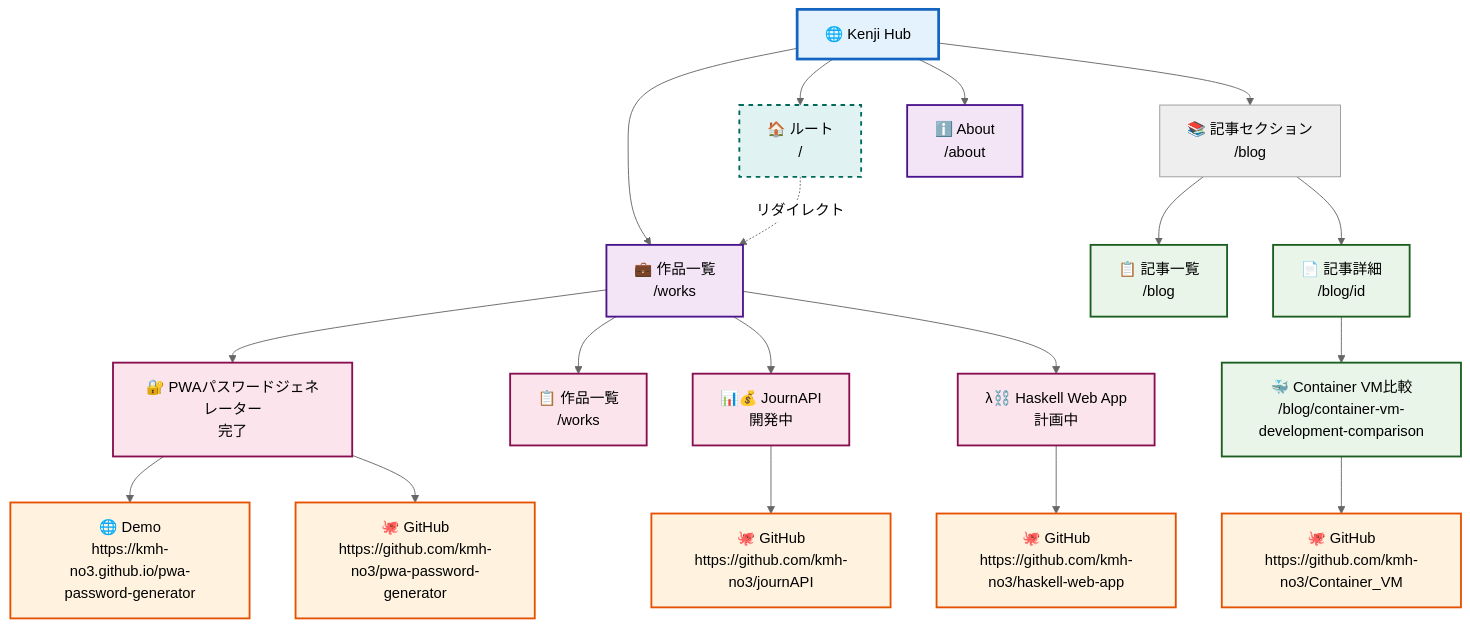
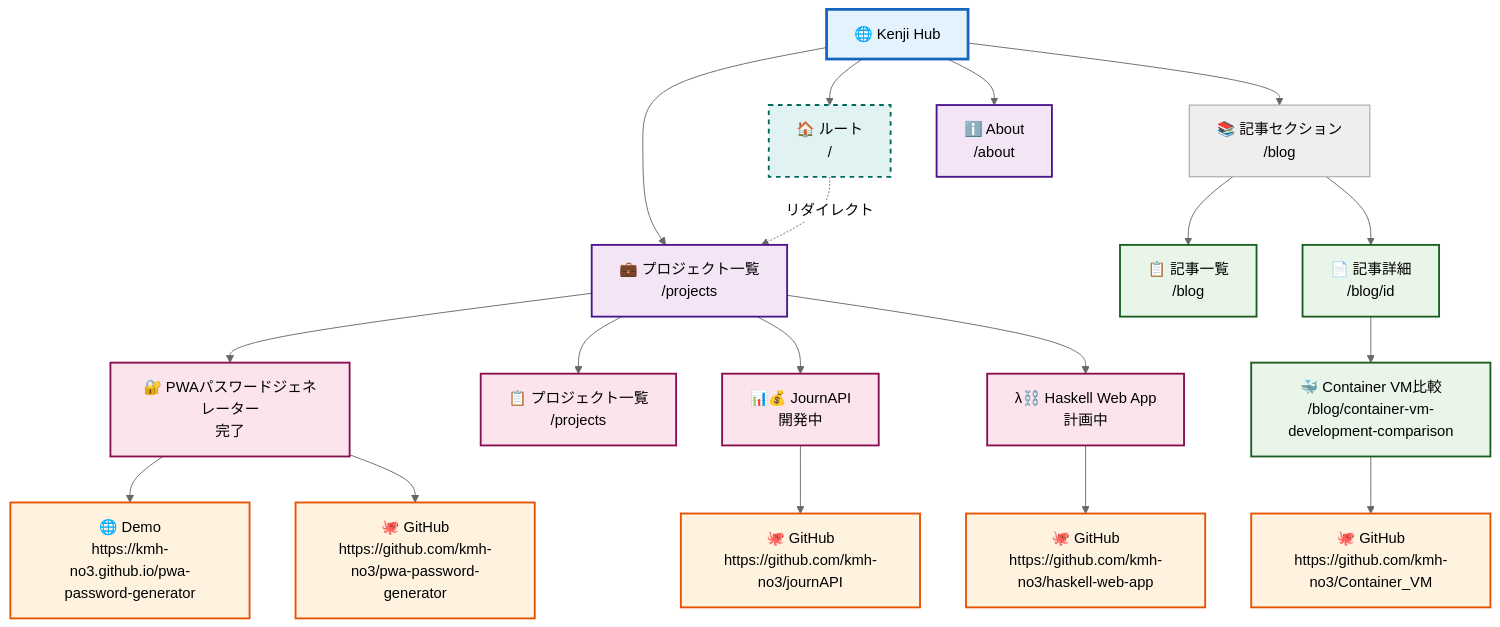
The second of 7 diagrams in docs/navigation-details.md (kmh-no3/kenji-hub), drawn with Mermaid (neutral theme) before and after one commit. The commit also changed other lines of this file and 28 other files, not shown here.

````diff
--- a/docs/navigation-details.md
+++ b/docs/navigation-details.md
@@ -57,46 +57,46 @@
 ```mermaid
 graph TD
     %% ルート構造
     Root[🌐 Kenji Hub] --> EntryPoint[🏠 ルート<br/>/]
-    Root --> Works[💼 作品一覧<br/>/works]
+    Root --> Projects[💼 プロジェクト一覧<br/>/projects]
     Root --> Articles[📚 記事セクション<br/>/blog]
     Root --> About[ℹ️ About<br/>/about]
     
     %% ルートページのリダイレクト
-    EntryPoint -.->|リダイレクト| Works
+    EntryPoint -.->|リダイレクト| Projects
     
     %% 記事セクション詳細
     Articles --> ArticleList[📋 記事一覧<br/>/blog]
     Articles --> ArticleDetail[📄 記事詳細<br/>/blog/id]
     
     %% 記事詳細の内容
     ArticleDetail --> ContainerVM[🐳 Container VM比較<br/>/blog/container-vm-development-comparison]
     
-    %% 作品セクション詳細
-    Works --> WorksList[📋 作品一覧<br/>/works]
-    Works --> Project1[🔐 PWAパスワードジェネレーター<br/>完了]
-    Works --> Project2[📊💰 JournAPI<br/>開発中]
-    Works --> Project3[λ⛓️ Haskell Web App<br/>計画中]
+    %% プロジェクトセクション詳細
+    Projects --> ProjectsList[📋 プロジェクト一覧<br/>/projects]
+    Projects --> Project1[🔐 PWAパスワードジェネレーター<br/>完了]
+    Projects --> Project2[📊💰 JournAPI<br/>開発中]
+    Projects --> Project3[λ⛓️ Haskell Web App<br/>計画中]
     
     %% 外部リンク
     Project1 --> Demo1[🌐 Demo<br/>https://kmh-no3.github.io/pwa-password-generator]
     Project1 --> GitHub1[🐙 GitHub<br/>https://github.com/kmh-no3/pwa-password-generator]
     Project2 --> GitHub2[🐙 GitHub<br/>https://github.com/kmh-no3/journAPI]
     Project3 --> GitHub3[🐙 GitHub<br/>https://github.com/kmh-no3/haskell-web-app]
     ContainerVM --> GitHub4[🐙 GitHub<br/>https://github.com/kmh-no3/Container_VM]
     
     %% スタイル設定
     classDef root fill:#e3f2fd,stroke:#1565c0,stroke-width:3px
     classDef mainNav fill:#f3e5f5,stroke:#4a148c,stroke-width:2px
     classDef article fill:#e8f5e8,stroke:#1b5e20,stroke-width:2px
     classDef project fill:#fce4ec,stroke:#880e4f,stroke-width:2px
     classDef external fill:#fff3e0,stroke:#e65100,stroke-width:2px
     classDef entryPoint fill:#e0f2f1,stroke:#00695c,stroke-width:2px,stroke-dasharray: 5 5
     
     class Root root
-    class Works,About mainNav
+    class Projects,About mainNav
     class ArticleList,ArticleDetail,ContainerVM article
-    class WorksList,Project1,Project2,Project3 project
+    class ProjectsList,Project1,Project2,Project3 project
     class Demo1,GitHub1,GitHub2,GitHub3,GitHub4 external
     class EntryPoint entryPoint
 ```
````
